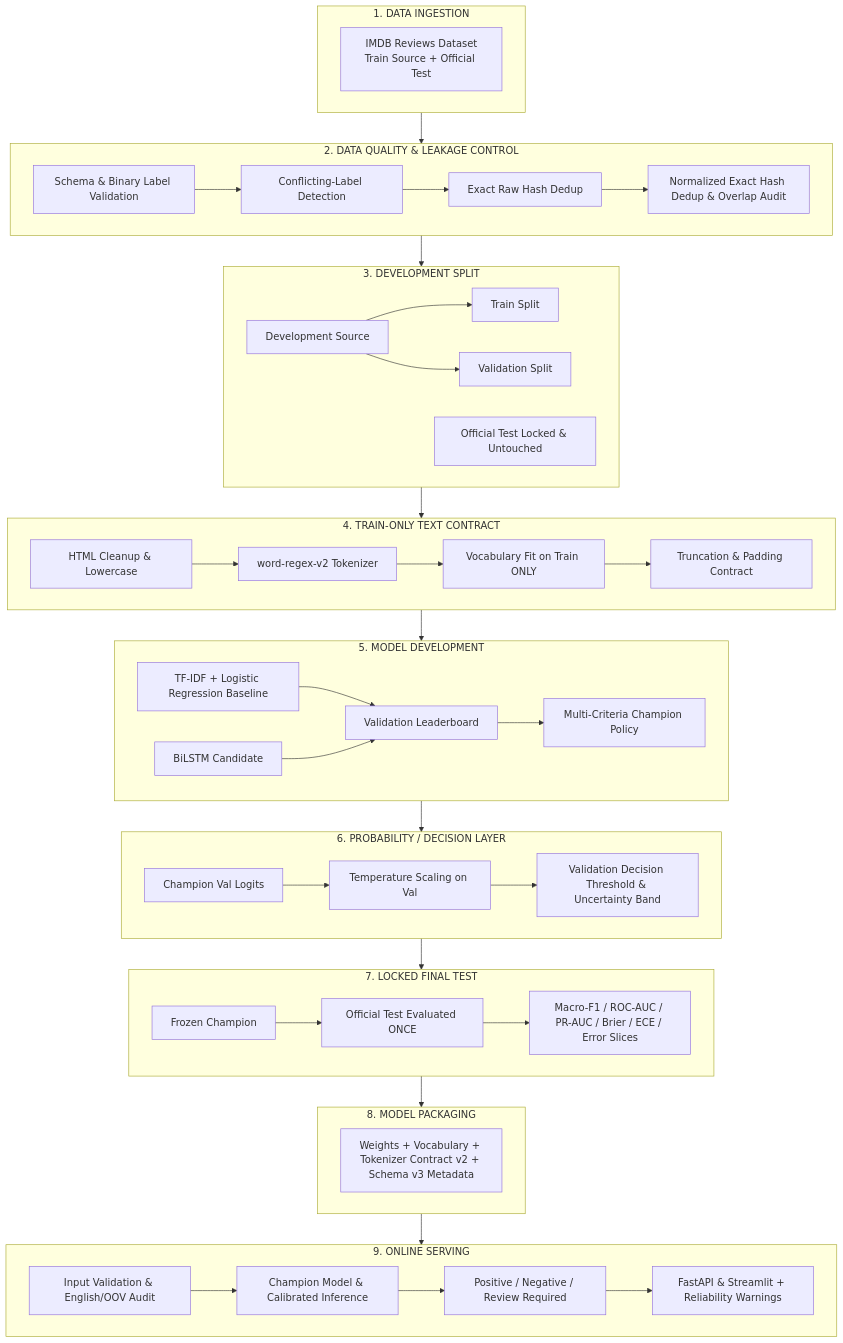
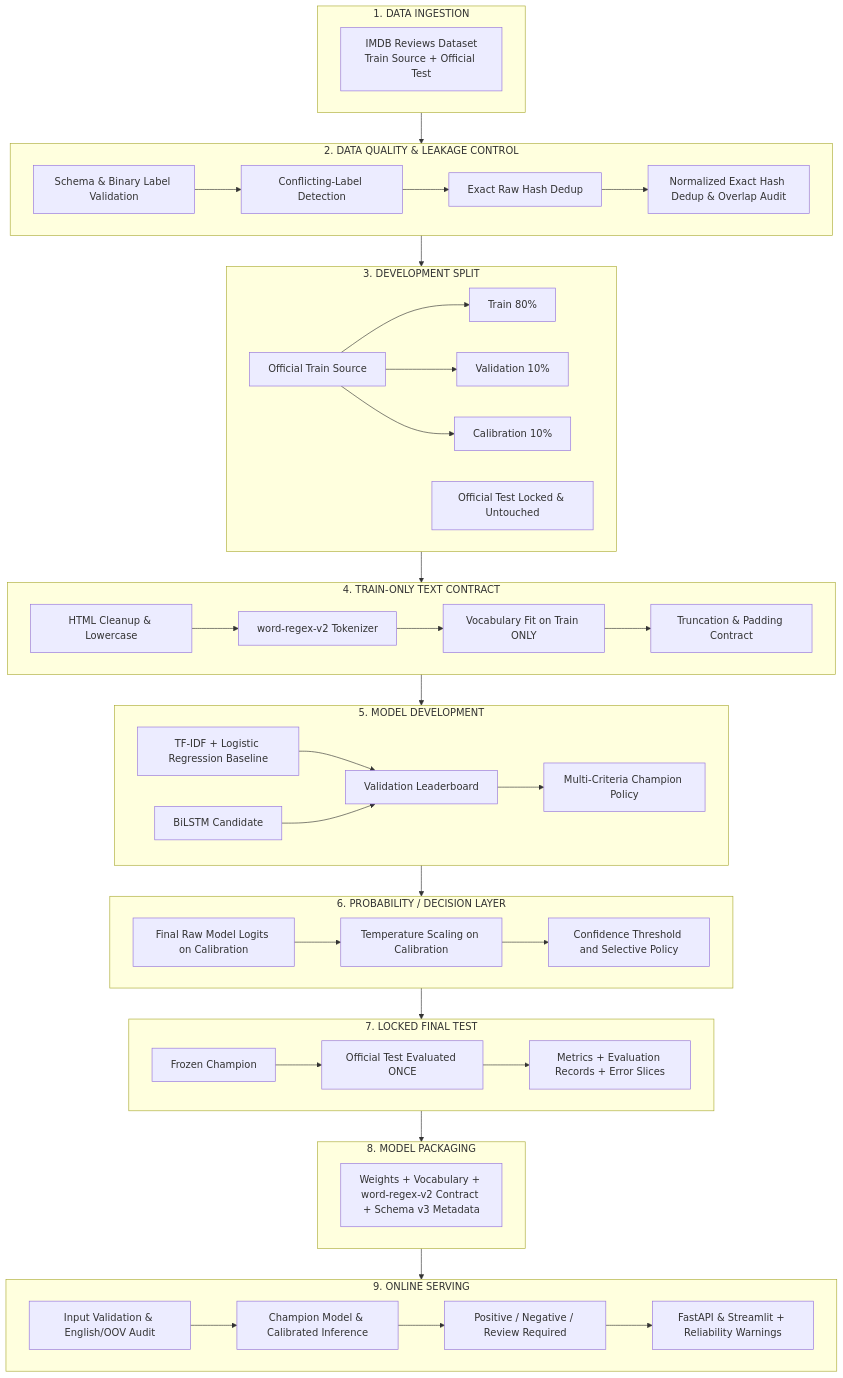
The diagram in README.md (haminhthong/Imdb-Sentiment-Analysis), drawn with Mermaid before and after one commit. The commit also changed other lines of this file and 38 other files, not shown here.

````diff
--- a/README.md
+++ b/README.md
@@ -47,54 +48,55 @@
 ```mermaid
 flowchart TD
     subgraph S1["1. DATA INGESTION"]
         A[IMDB Reviews Dataset\nTrain Source + Official Test]
     end
 
     subgraph S2["2. DATA QUALITY & LEAKAGE CONTROL"]
         B1[Schema & Binary Label Validation] --> B2[Conflicting-Label Detection]
         B2 --> B3[Exact Raw Hash Dedup]
         B3 --> B4[Normalized Exact Hash Dedup & Overlap Audit]
     end
 
     subgraph S3["3. DEVELOPMENT SPLIT"]
-        C1[Development Source] --> C2[Train Split]
-        C1 --> C3[Validation Split]
-        C4[Official Test Locked & Untouched]
+        C1[Official Train Source] --> C2[Train 80%]
+        C1 --> C3[Validation 10%]
+        C1 --> C4[Calibration 10%]
+        C5[Official Test Locked & Untouched]
     end
 
     subgraph S4["4. TRAIN-ONLY TEXT CONTRACT"]
         D1[HTML Cleanup & Lowercase] --> D2[word-regex-v2 Tokenizer]
         D2 --> D3[Vocabulary Fit on Train ONLY]
         D3 --> D4[Truncation & Padding Contract]
     end
 
     subgraph S5["5. MODEL DEVELOPMENT"]
         E1[TF-IDF + Logistic Regression Baseline]
         E2[BiLSTM Candidate]
         E1 --> E3[Validation Leaderboard]
         E2 --> E3
         E3 --> E4[Multi-Criteria Champion Policy]
     end
 
     subgraph S6["6. PROBABILITY / DECISION LAYER"]
-        F1[Champion Val Logits] --> F2[Temperature Scaling on Val]
-        F2 --> F3[Validation Decision Threshold & Uncertainty Band]
+        F1[Final Raw Model Logits on Calibration] --> F2[Temperature Scaling on Calibration]
+        F2 --> F3[Confidence Threshold and Selective Policy]
     end
 
     subgraph S7["7. LOCKED FINAL TEST"]
         G1[Frozen Champion] --> G2[Official Test Evaluated ONCE]
-        G2 --> G3[Macro-F1 / ROC-AUC / PR-AUC / Brier / ECE / Error Slices]
+        G2 --> G3[Metrics + Evaluation Records + Error Slices]
     end
 
     subgraph S8["8. MODEL PACKAGING"]
-        H[Weights + Vocabulary + Tokenizer Contract v2 + Schema v3 Metadata]
+        H[Weights + Vocabulary + word-regex-v2 Contract + Schema v3 Metadata]
     end
 
     subgraph S9["9. ONLINE SERVING"]
         I1[Input Validation & English/OOV Audit] --> I2[Champion Model & Calibrated Inference]
         I2 --> I3[Positive / Negative / Review Required]
         I3 --> I4[FastAPI & Streamlit + Reliability Warnings]
     end
 
     S1 --> S2 --> S3 --> S4 --> S5 --> S6 --> S7 --> S8 --> S9
 ```
````
